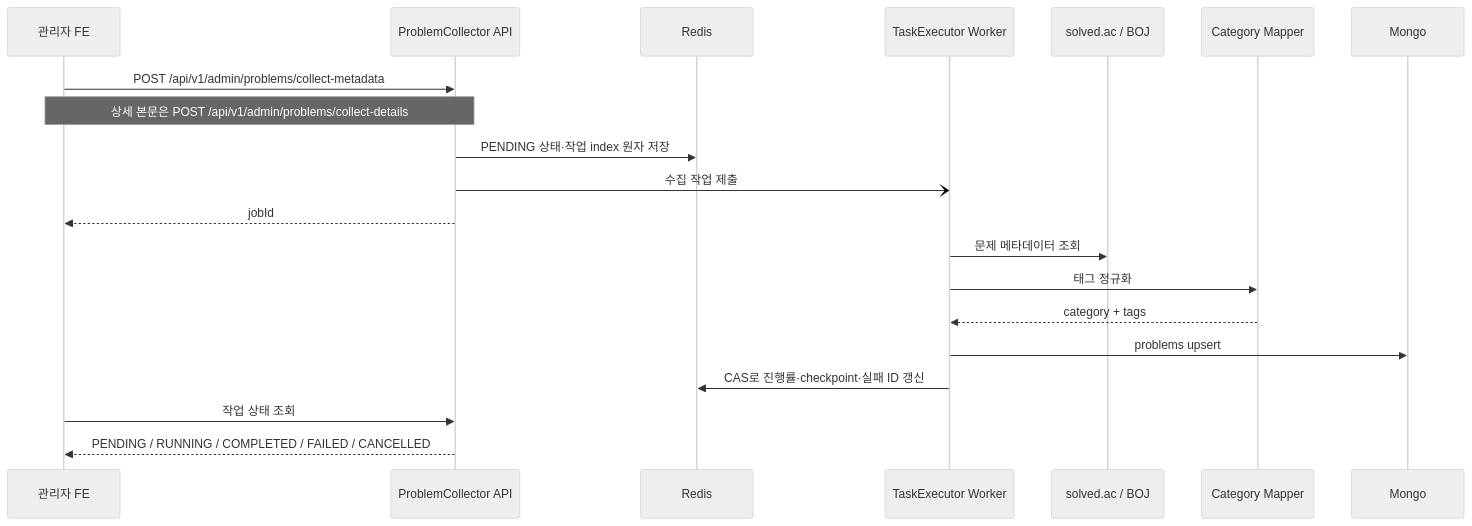
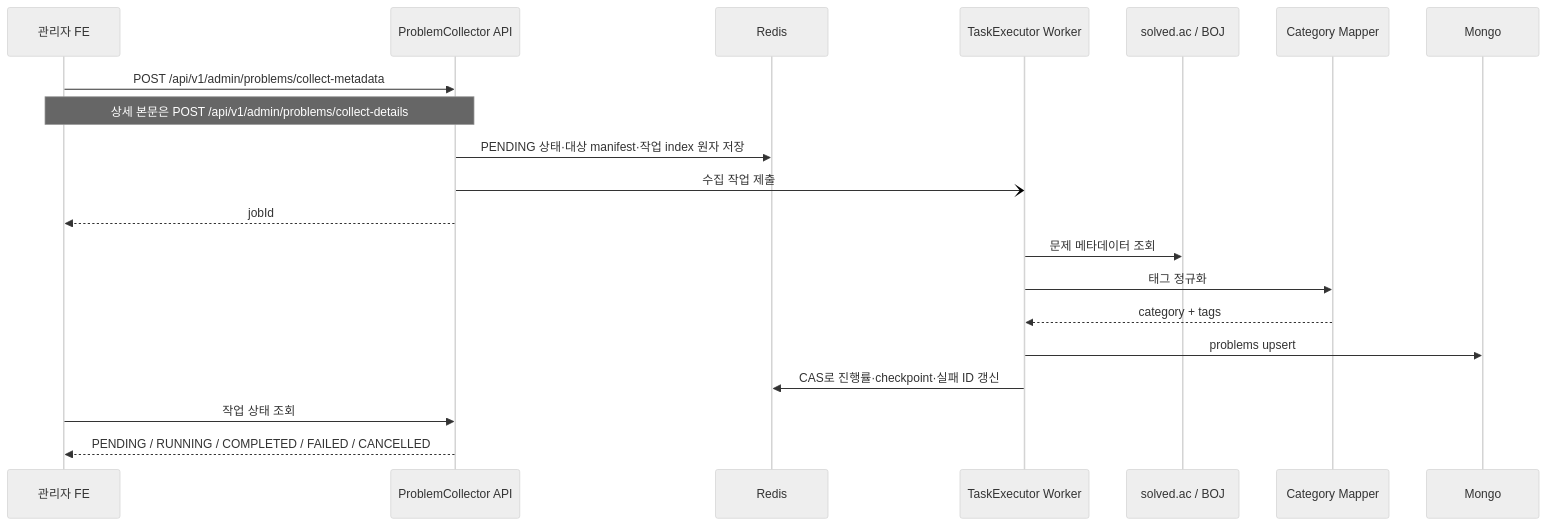
Before and after one commit to didim-log/didim-log-BE: the third of 5 diagrams in README.md, drawn with Mermaid (neutral theme). The commit also changed other lines of this file and 14 other files, not shown here.

````diff
--- a/README.md
+++ b/README.md
@@ -125,23 +125,23 @@
 ```mermaid
 sequenceDiagram
     participant Admin as 관리자 FE
     participant API as ProblemCollector API
     participant Redis
     participant Worker as TaskExecutor Worker
     participant Source as solved.ac / BOJ
     participant Mapper as Category Mapper
     participant Mongo
 
     Admin->>API: POST /api/v1/admin/problems/collect-metadata
     Note over Admin,API: 상세 본문은 POST /api/v1/admin/problems/collect-details
-    API->>Redis: PENDING 상태·작업 index 원자 저장
+    API->>Redis: PENDING 상태·대상 manifest·작업 index 원자 저장
     API-)Worker: 수집 작업 제출
     API-->>Admin: jobId
     Worker->>Source: 문제 메타데이터 조회
     Worker->>Mapper: 태그 정규화
     Mapper-->>Worker: category + tags
     Worker->>Mongo: problems upsert
     Worker->>Redis: CAS로 진행률·checkpoint·실패 ID 갱신
     Admin->>API: 작업 상태 조회
     API-->>Admin: PENDING / RUNNING / COMPLETED / FAILED / CANCELLED
 ```
````
